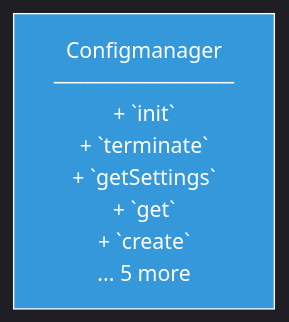
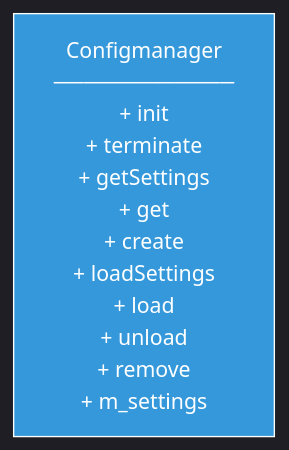
The diagram in docs/authoring/01_core/api/cpp/framework/diagrams/configmanager.mmd (lukaszj321/otcv8-dev), drawn with Mermaid before and after one commit. The commit also changed 62 other files, not shown here.

First line of the commit message:
Fix comment spacing and expand truncated diagrams

```diff
--- a/docs/authoring/01_core/api/cpp/framework/diagrams/configmanager.mmd
+++ b/docs/authoring/01_core/api/cpp/framework/diagrams/configmanager.mmd
@@ -1,5 +1,5 @@
 %%{init: {'theme':'dark','themeVariables': {'primaryTextColor':'#ddd','lineColor':'#9aa0a6'}, 'securityLevel':'loose'}}%%
 graph TD
     classDef api fill:#3498db,stroke:#fff,color:#fff;
     
-    Configmanager["Configmanager<br/>────────────<br/>+ `init`<br/>+ `terminate`<br/>+ `getSettings`<br/>+ `get`<br/>+ `create`<br/>... 5 more<br/>"]:::api
+    Configmanager["Configmanager<br/>────────────<br/>+ init<br/>+ terminate<br/>+ getSettings<br/>+ get<br/>+ create<br/>+ loadSettings<br/>+ load<br/>+ unload<br/>+ remove<br/>+ m_settings<br/>"]:::api
```
